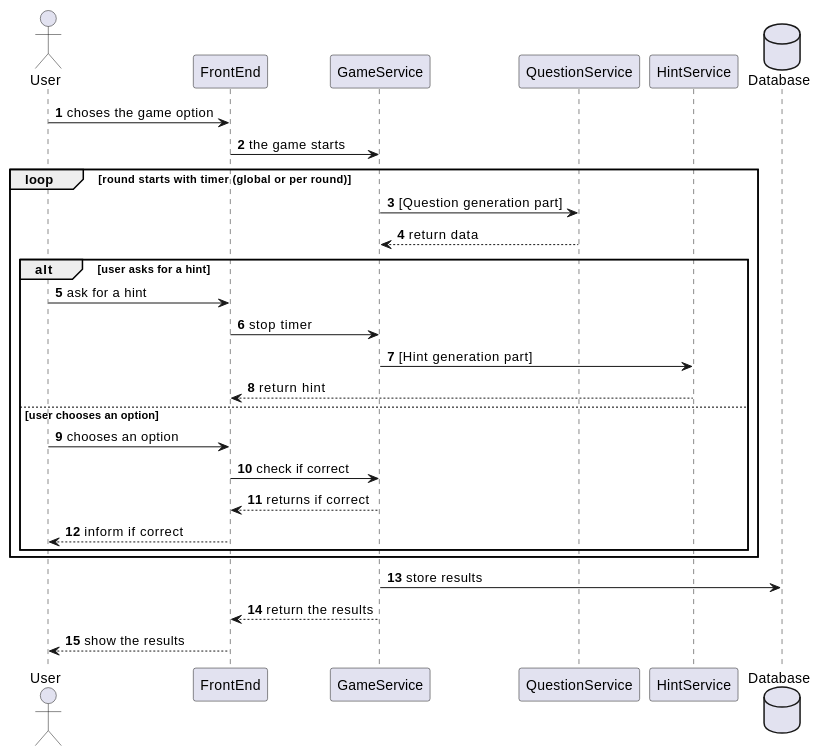
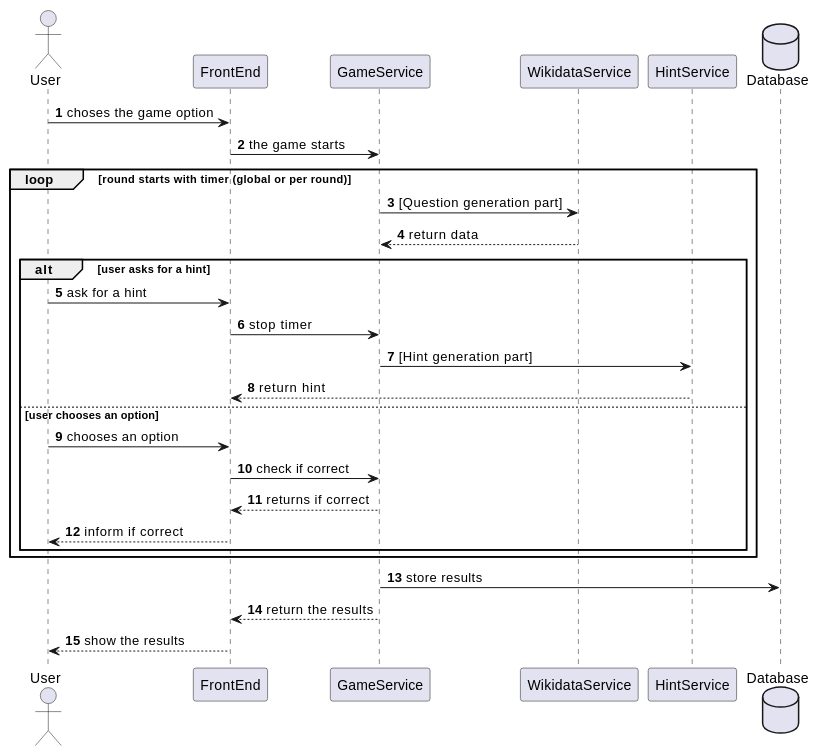
The third of 5 diagrams in docs/src/06_runtime_view.adoc (Arquisoft/wichat_en3a), drawn with PlantUML before and after one commit. The commit also changed other lines of this file and 12 other files, not shown here.

```diff
--- a/docs/src/06_runtime_view.adoc
+++ b/docs/src/06_runtime_view.adoc
@@ -95,32 +95,32 @@
 [plantuml,"Game diagram",png]
 ----
 autonumber
 actor User
 participant FrontEnd
 participant GameService
-participant QuestionService
+participant WikidataService
 participant HintService
 database Database
 
 User -> FrontEnd: choses the game option
 FrontEnd -> GameService: the game starts
 loop round starts with timer (global or per round)
-    GameService -> QuestionService: [Question generation part]
-    QuestionService --> GameService: return data
+    GameService -> WikidataService: [Question generation part]
+    WikidataService --> GameService: return data
     alt user asks for a hint
         User -> FrontEnd: ask for a hint
         FrontEnd -> GameService: stop timer
         GameService -> HintService: [Hint generation part]
         HintService --> FrontEnd: return hint
 
     else user chooses an option
         User -> FrontEnd: chooses an option
         FrontEnd -> GameService: check if correct
         GameService --> FrontEnd: returns if correct
         FrontEnd --> User: inform if correct
     end
 end
 GameService -> Database: store results
 GameService --> FrontEnd: return the results
 FrontEnd --> User: show the results
 ----
```
